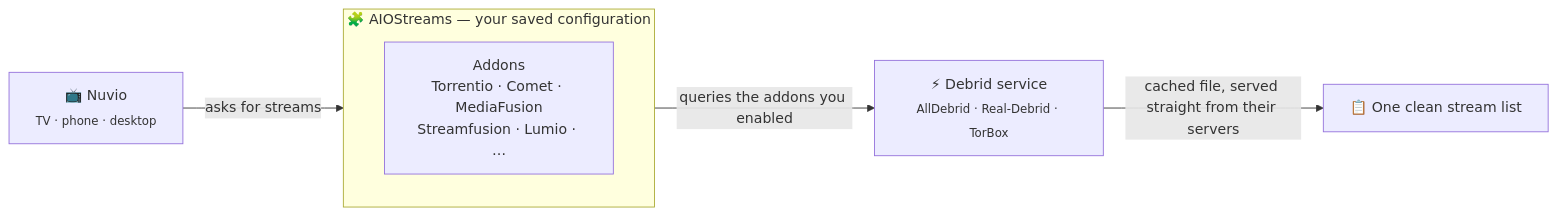
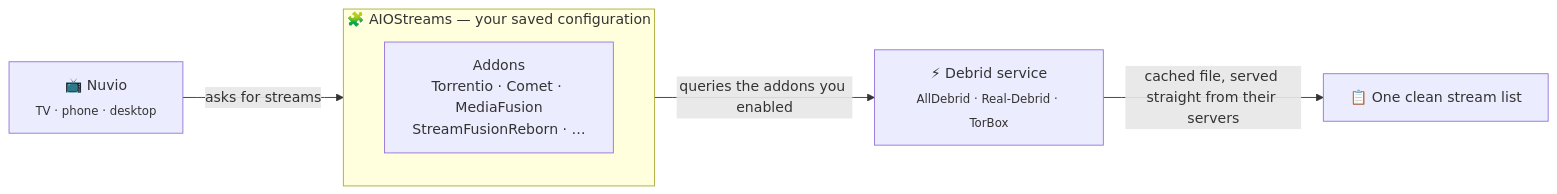
The diagram in docs/android-tv/nuvio-stremio-aiostreams.md (AmineDjeghri/personal-os-setup), drawn with Mermaid before and after one commit. The commit also changed other lines of this file and 19 other files, not shown here.

````diff
--- a/docs/android-tv/nuvio-stremio-aiostreams.md
+++ b/docs/android-tv/nuvio-stremio-aiostreams.md
@@ -38,16 +38,16 @@
 ```mermaid
 flowchart LR
     Client["📺 Nuvio<br/><sub>TV · phone · desktop</sub>"]
 
     subgraph ConfigGroup["🧩 AIOStreams — your saved configuration"]
-        Addons["Addons<br/>Torrentio · Comet · MediaFusion<br/>Streamfusion · Lumio · …"]
+        Addons["Addons<br/>Torrentio · Comet · MediaFusion<br/>StreamFusionReborn · …"]
     end
 
     Debrid["⚡ Debrid service<br/><sub>AllDebrid · Real-Debrid · TorBox</sub>"]
 
     List["📋 One clean stream list"]
 
     Client -->|asks for streams| ConfigGroup
     ConfigGroup -->|queries the addons you enabled| Debrid
     Debrid -->|cached file, served straight from their servers| List
 ```
````
